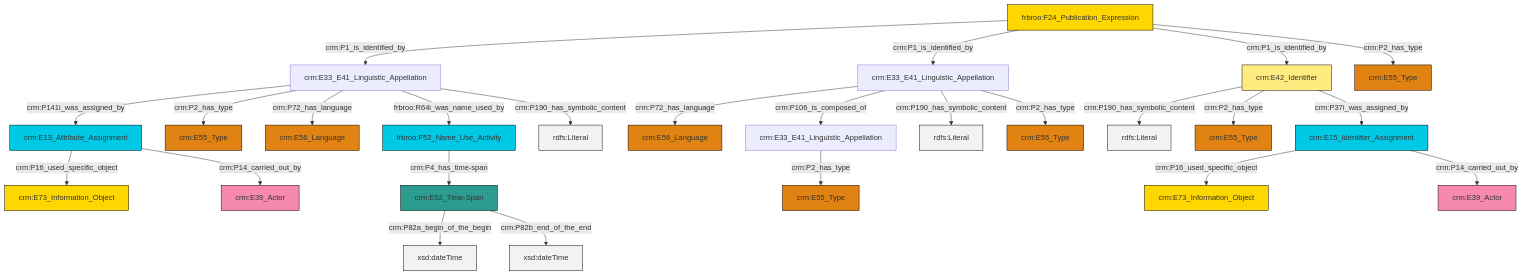
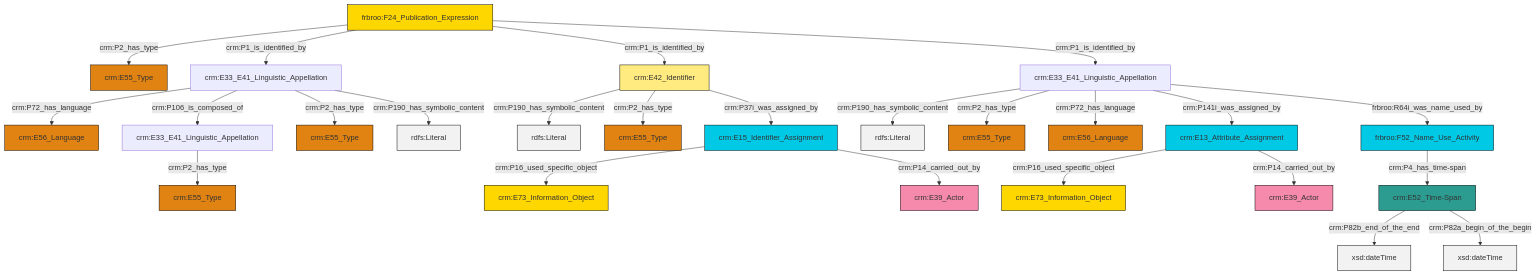
Before and after one commit to swiss-art-research-net/docs.swissartresearch: the diagram in et/biblioCSV/ttl/mmd/biblio_name.ttl.mmd, drawn with Mermaid. The commit also changed 180 other files, not shown here.

```diff
--- a/et/biblioCSV/ttl/mmd/biblio_name.ttl.mmd
+++ b/et/biblioCSV/ttl/mmd/biblio_name.ttl.mmd
@@ -1,39 +1,39 @@
 graph TD
 classDef Literal fill:#f2f2f2,stroke:#000000;
 classDef CRM_Entity fill:#FFFFFF,stroke:#000000;
 classDef Temporal_Entity fill:#00C9E6, stroke:#000000;
 classDef Type fill:#E18312, stroke:#000000;
 classDef Time-Span fill:#2C9C91, stroke:#000000;
 classDef Appellation fill:#FFEB7F, stroke:#000000;
 classDef Place fill:#008836, stroke:#000000;
 classDef Persistent_Item fill:#B266B2, stroke:#000000;
 classDef Conceptual_Object fill:#FFD700, stroke:#000000;
 classDef Physical_Thing fill:#D2B48C, stroke:#000000;
 classDef Actor fill:#f58aad, stroke:#000000;
 classDef PC_Classes fill:#4ce600, stroke:#000000;
 classDef Multi fill:#cccccc,stroke:#000000;
 
-2["frbroo:F24_Publication_Expression"]:::Conceptual_Object -->|crm:P1_is_identified_by| 3["crm:E33_E41_Linguistic_Appellation"]:::Default
-2["frbroo:F24_Publication_Expression"]:::Conceptual_Object -->|crm:P1_is_identified_by| 4["crm:E33_E41_Linguistic_Appellation"]:::Default
-4["crm:E33_E41_Linguistic_Appellation"]:::Default -->|crm:P72_has_language| 5["crm:E56_Language"]:::Type
-3["crm:E33_E41_Linguistic_Appellation"]:::Default -->|crm:P141i_was_assigned_by| 8["crm:E13_Attribute_Assignment"]:::Temporal_Entity
-4["crm:E33_E41_Linguistic_Appellation"]:::Default -->|crm:P106_is_composed_of| 9["crm:E33_E41_Linguistic_Appellation"]:::Default
-13["crm:E42_Identifier"]:::Appellation -->|crm:P190_has_symbolic_content| 14[rdfs:Literal]:::Literal
-3["crm:E33_E41_Linguistic_Appellation"]:::Default -->|crm:P2_has_type| 17["crm:E55_Type"]:::Type
-2["frbroo:F24_Publication_Expression"]:::Conceptual_Object -->|crm:P1_is_identified_by| 13["crm:E42_Identifier"]:::Appellation
-13["crm:E42_Identifier"]:::Appellation -->|crm:P2_has_type| 20["crm:E55_Type"]:::Type
-0["crm:E52_Time-Span"]:::Time-Span -->|crm:P82a_begin_of_the_begin| 22[xsd:dateTime]:::Literal
-13["crm:E42_Identifier"]:::Appellation -->|crm:P37i_was_assigned_by| 24["crm:E15_Identifier_Assignment"]:::Temporal_Entity
-3["crm:E33_E41_Linguistic_Appellation"]:::Default -->|crm:P72_has_language| 6["crm:E56_Language"]:::Type
-24["crm:E15_Identifier_Assignment"]:::Temporal_Entity -->|crm:P16_used_specific_object| 11["crm:E73_Information_Object"]:::Conceptual_Object
-4["crm:E33_E41_Linguistic_Appellation"]:::Default -->|crm:P190_has_symbolic_content| 29[rdfs:Literal]:::Literal
-9["crm:E33_E41_Linguistic_Appellation"]:::Default -->|crm:P2_has_type| 30["crm:E55_Type"]:::Type
-8["crm:E13_Attribute_Assignment"]:::Temporal_Entity -->|crm:P16_used_specific_object| 33["crm:E73_Information_Object"]:::Conceptual_Object
-24["crm:E15_Identifier_Assignment"]:::Temporal_Entity -->|crm:P14_carried_out_by| 18["crm:E39_Actor"]:::Actor
-2["frbroo:F24_Publication_Expression"]:::Conceptual_Object -->|crm:P2_has_type| 36["crm:E55_Type"]:::Type
-4["crm:E33_E41_Linguistic_Appellation"]:::Default -->|crm:P2_has_type| 15["crm:E55_Type"]:::Type
-3["crm:E33_E41_Linguistic_Appellation"]:::Default -->|frbroo:R64i_was_name_used_by| 25["frbroo:F52_Name_Use_Activity"]:::Temporal_Entity
-3["crm:E33_E41_Linguistic_Appellation"]:::Default -->|crm:P190_has_symbolic_content| 39[rdfs:Literal]:::Literal
-0["crm:E52_Time-Span"]:::Time-Span -->|crm:P82b_end_of_the_end| 41[xsd:dateTime]:::Literal
-25["frbroo:F52_Name_Use_Activity"]:::Temporal_Entity -->|crm:P4_has_time-span| 0["crm:E52_Time-Span"]:::Time-Span
-8["crm:E13_Attribute_Assignment"]:::Temporal_Entity -->|crm:P14_carried_out_by| 43["crm:E39_Actor"]:::Actor
+0["crm:E42_Identifier"]:::Appellation -->|crm:P190_has_symbolic_content| 2[rdfs:Literal]:::Literal
+7["crm:E33_E41_Linguistic_Appellation"]:::Default -->|crm:P190_has_symbolic_content| 8[rdfs:Literal]:::Literal
+7["crm:E33_E41_Linguistic_Appellation"]:::Default -->|crm:P2_has_type| 9["crm:E55_Type"]:::Type
+12["crm:E15_Identifier_Assignment"]:::Temporal_Entity -->|crm:P16_used_specific_object| 13["crm:E73_Information_Object"]:::Conceptual_Object
+10["frbroo:F24_Publication_Expression"]:::Conceptual_Object -->|crm:P2_has_type| 14["crm:E55_Type"]:::Type
+17["crm:E33_E41_Linguistic_Appellation"]:::Default -->|crm:P72_has_language| 15["crm:E56_Language"]:::Type
+10["frbroo:F24_Publication_Expression"]:::Conceptual_Object -->|crm:P1_is_identified_by| 17["crm:E33_E41_Linguistic_Appellation"]:::Default
+17["crm:E33_E41_Linguistic_Appellation"]:::Default -->|crm:P106_is_composed_of| 21["crm:E33_E41_Linguistic_Appellation"]:::Default
+5["crm:E13_Attribute_Assignment"]:::Temporal_Entity -->|crm:P16_used_specific_object| 19["crm:E73_Information_Object"]:::Conceptual_Object
+7["crm:E33_E41_Linguistic_Appellation"]:::Default -->|crm:P72_has_language| 25["crm:E56_Language"]:::Type
+26["frbroo:F52_Name_Use_Activity"]:::Temporal_Entity -->|crm:P4_has_time-span| 27["crm:E52_Time-Span"]:::Time-Span
+10["frbroo:F24_Publication_Expression"]:::Conceptual_Object -->|crm:P1_is_identified_by| 0["crm:E42_Identifier"]:::Appellation
+17["crm:E33_E41_Linguistic_Appellation"]:::Default -->|crm:P2_has_type| 23["crm:E55_Type"]:::Type
+17["crm:E33_E41_Linguistic_Appellation"]:::Default -->|crm:P190_has_symbolic_content| 32[rdfs:Literal]:::Literal
+5["crm:E13_Attribute_Assignment"]:::Temporal_Entity -->|crm:P14_carried_out_by| 33["crm:E39_Actor"]:::Actor
+21["crm:E33_E41_Linguistic_Appellation"]:::Default -->|crm:P2_has_type| 30["crm:E55_Type"]:::Type
+0["crm:E42_Identifier"]:::Appellation -->|crm:P2_has_type| 3["crm:E55_Type"]:::Type
+7["crm:E33_E41_Linguistic_Appellation"]:::Default -->|crm:P141i_was_assigned_by| 5["crm:E13_Attribute_Assignment"]:::Temporal_Entity
+27["crm:E52_Time-Span"]:::Time-Span -->|crm:P82b_end_of_the_end| 36[xsd:dateTime]:::Literal
+10["frbroo:F24_Publication_Expression"]:::Conceptual_Object -->|crm:P1_is_identified_by| 7["crm:E33_E41_Linguistic_Appellation"]:::Default
+0["crm:E42_Identifier"]:::Appellation -->|crm:P37i_was_assigned_by| 12["crm:E15_Identifier_Assignment"]:::Temporal_Entity
+12["crm:E15_Identifier_Assignment"]:::Temporal_Entity -->|crm:P14_carried_out_by| 41["crm:E39_Actor"]:::Actor
+27["crm:E52_Time-Span"]:::Time-Span -->|crm:P82a_begin_of_the_begin| 42[xsd:dateTime]:::Literal
+7["crm:E33_E41_Linguistic_Appellation"]:::Default -->|frbroo:R64i_was_name_used_by| 26["frbroo:F52_Name_Use_Activity"]:::Temporal_Entity
```
